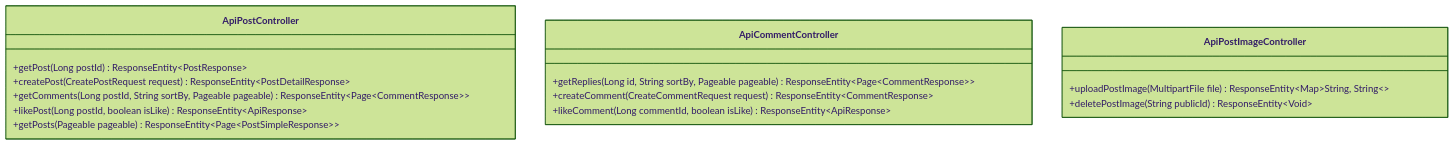
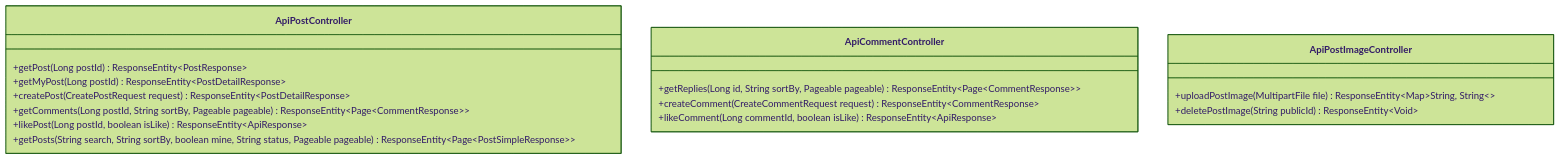
Before and after one commit to ximofam/web_game_chess_online: the first of 2 diagrams in docs/specs/forums-spec.md, drawn with Mermaid (forest theme). The commit also changed other lines of this file, not shown here.

````diff
--- a/docs/specs/forums-spec.md
+++ b/docs/specs/forums-spec.md
@@ -26,19 +26,20 @@
 ```mermaid
 classDiagram
     class ApiPostController {
         +getPost(Long postId) ResponseEntity~PostResponse~
+        +getMyPost(Long postId) ResponseEntity~PostDetailResponse~
         +createPost(CreatePostRequest request) ResponseEntity~PostDetailResponse~
         +getComments(Long postId, String sortBy, Pageable pageable) ResponseEntity~Page~CommentResponse~~
         +likePost(Long postId, boolean isLike) ResponseEntity~ApiResponse~
-        +getPosts(Pageable pageable) ResponseEntity~Page~PostSimpleResponse~~
+        +getPosts(String search, String sortBy, boolean mine, String status, Pageable pageable) ResponseEntity~Page~PostSimpleResponse~~
     }
     class ApiCommentController {
         +getReplies(Long id, String sortBy, Pageable pageable) ResponseEntity~Page~CommentResponse~~
         +createComment(CreateCommentRequest request) ResponseEntity~CommentResponse~
         +likeComment(Long commentId, boolean isLike) ResponseEntity~ApiResponse~
     }
     class ApiPostImageController {
         +uploadPostImage(MultipartFile file) ResponseEntity~Map~String, String~~
         +deletePostImage(String publicId) ResponseEntity~Void~
     }
 ```
````
